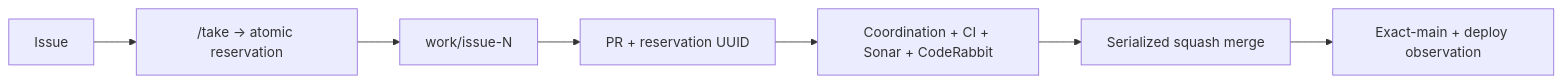
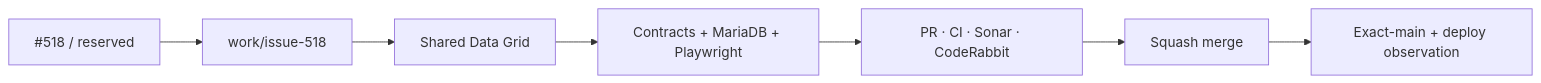
Before and after one commit to pl0n3r/brvtal: the diagram in README.md, drawn with Mermaid. The commit also changed other lines of this file and 19 other files, not shown here.

First line of the commit message:
feat: add canonical DISCADMIN data grid (v0.1.23) (#573)

````diff
--- a/README.md
+++ b/README.md
@@ -49,9 +49,9 @@
 ```mermaid
 flowchart LR
- I["Issue"] --> R["/take → atomic reservation"]
- R --> B["work/issue-N"]
- B --> P["PR + reservation UUID"]
- P --> C["Coordination + CI + Sonar + CodeRabbit"]
- C --> M["Serialized squash merge"]
+ I["#518 / reserved"] --> B["work/issue-518"]
+ B --> G["Shared Data Grid"]
+ G --> T["Contracts + MariaDB + Playwright"]
+ T --> P["PR · CI · Sonar · CodeRabbit"]
+ P --> M["Squash merge"]
  M --> X["Exact-main + deploy observation"]
 ```
````
